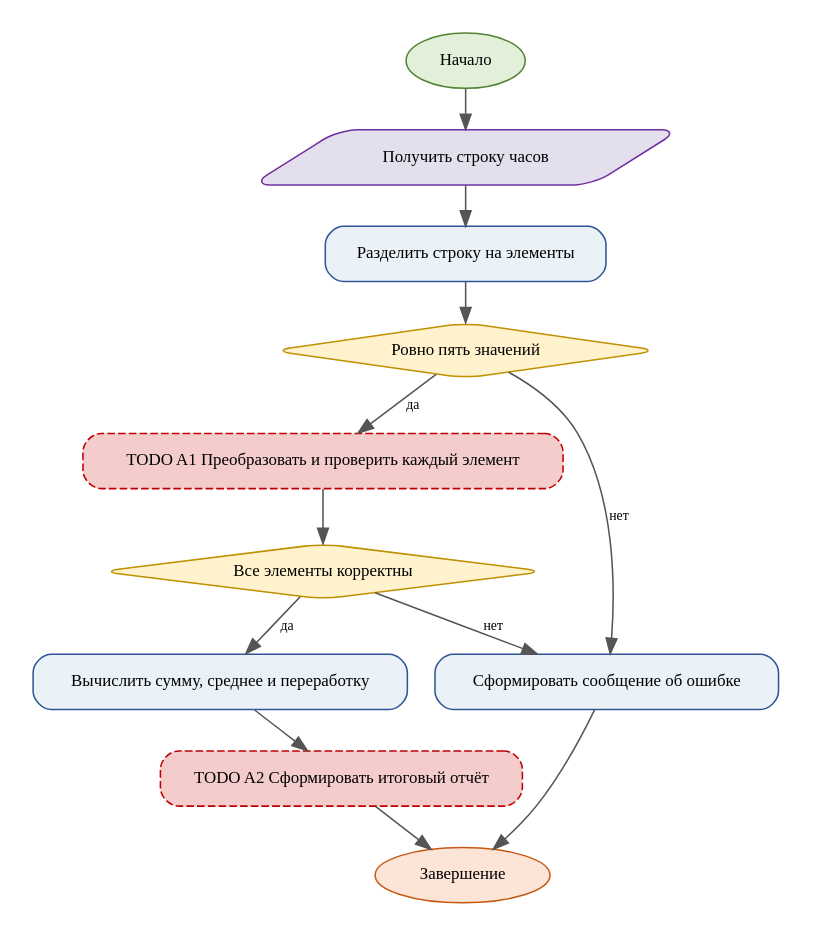
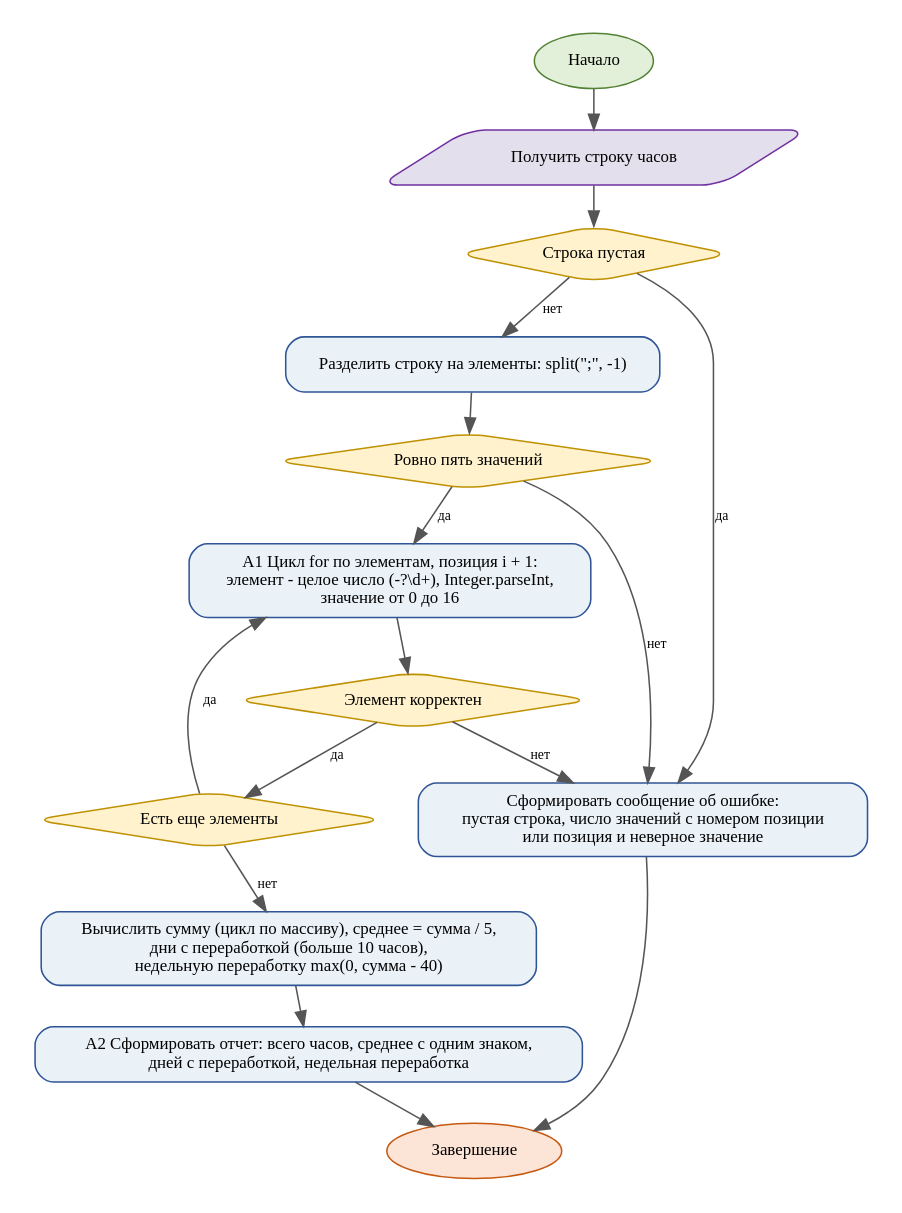
The diagram in diagrams/activity.dot (svpeditor/pr5-klimashevskiy-da), drawn with Graphviz before and after one commit. The commit also changed 3 other files, not shown here.

Commit message:
Диаграммы activity и классов для итогового решения

```diff
--- a/diagrams/activity.dot
+++ b/diagrams/activity.dot
@@ -1,26 +1,32 @@
 digraph G {
-graph [rankdir=TB, bgcolor="white", pad=0.2, nodesep=0.25, ranksep=0.35];
+graph [rankdir=TB, bgcolor="white", pad=0.2, nodesep=0.3, ranksep=0.35];
 node [shape=box, style="rounded,filled", fontname="Times New Roman", fontsize=11, color="#2F5597", fillcolor="#EAF2F8", margin="0.12,0.08"];
 edge [fontname="Times New Roman", fontsize=9, color="#555555"];
 start [label="Начало", shape=oval, fillcolor="#E2F0D9", color="#548235"];
 end [label="Завершение", shape=oval, fillcolor="#FCE4D6", color="#C65911"];
 n1 [label="Получить строку часов" ,shape=parallelogram,fillcolor="#E4DFEC",color="#7030A0"];
-n2 [label="Разделить строку на элементы" ];
+n0 [label="Строка пустая" ,shape=diamond,fillcolor="#FFF2CC",color="#BF9000"];
+n2 [label="Разделить строку на элементы: split(\";\", -1)" ];
 n3 [label="Ровно пять значений" ,shape=diamond,fillcolor="#FFF2CC",color="#BF9000"];
-n4 [label="TODO A1 Преобразовать и проверить каждый элемент" ,fillcolor="#F4CCCC",color="#C00000",style="rounded,dashed,filled"];
-n5 [label="Все элементы корректны" ,shape=diamond,fillcolor="#FFF2CC",color="#BF9000"];
-n6 [label="Вычислить сумму, среднее и переработку" ];
-n7 [label="TODO A2 Сформировать итоговый отчёт" ,fillcolor="#F4CCCC",color="#C00000",style="rounded,dashed,filled"];
-n8 [label="Сформировать сообщение об ошибке" ];
+n4 [label="A1 Цикл for по элементам, позиция i + 1:\nэлемент - целое число (-?\\d+), Integer.parseInt,\nзначение от 0 до 16" ];
+n5 [label="Элемент корректен" ,shape=diamond,fillcolor="#FFF2CC",color="#BF9000"];
+n5b [label="Есть еще элементы" ,shape=diamond,fillcolor="#FFF2CC",color="#BF9000"];
+n6 [label="Вычислить сумму (цикл по массиву), среднее = сумма / 5,\nдни с переработкой (больше 10 часов),\nнедельную переработку max(0, сумма - 40)" ];
+n7 [label="A2 Сформировать отчет: всего часов, среднее с одним знаком,\nдней с переработкой, недельная переработка" ];
+n8 [label="Сформировать сообщение об ошибке:\nпустая строка, число значений с номером позиции\nили позиция и неверное значение" ];
 start -> n1;
-n1 -> n2;
+n1 -> n0;
+n0 -> n8 [label="да"];
+n0 -> n2 [label="нет"];
 n2 -> n3;
 n3 -> n4 [label="да"];
 n3 -> n8 [label="нет"];
 n4 -> n5;
-n5 -> n6 [label="да"];
+n5 -> n5b [label="да"];
 n5 -> n8 [label="нет"];
+n5b -> n4 [label="да"];
+n5b -> n6 [label="нет"];
 n6 -> n7;
 n7 -> end;
 n8 -> end;
 }
```
